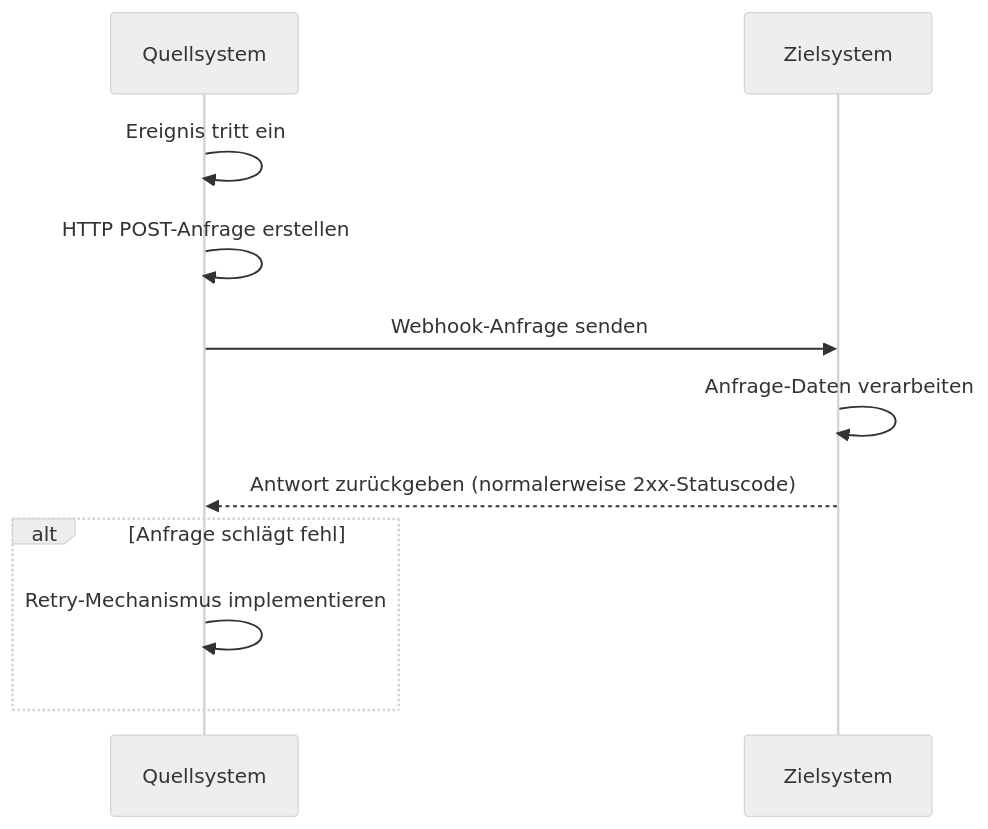
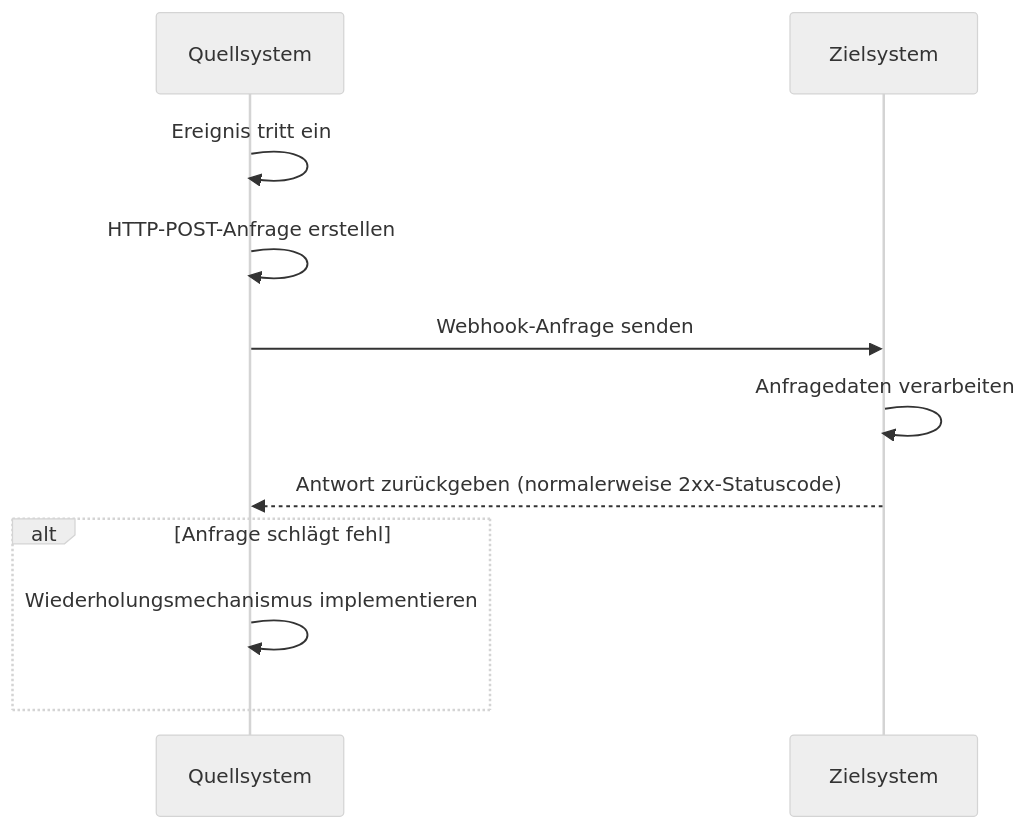
The first of 2 diagrams in src/content/terms/de/webhook.mdx (logto-io/auth-wiki), drawn with Mermaid (neutral theme) before and after one commit. The commit also changed other lines of this file and 98 other files, not shown here.

````diff
--- a/src/content/terms/de/webhook.mdx
+++ b/src/content/terms/de/webhook.mdx
@@ -13,15 +13,15 @@
 ```mermaid
 sequenceDiagram
     participant Quellsystem
     participant Zielsystem
     
     Quellsystem->>Quellsystem: Ereignis tritt ein
-    Quellsystem->>Quellsystem: HTTP POST-Anfrage erstellen
+    Quellsystem->>Quellsystem: HTTP-POST-Anfrage erstellen
     Quellsystem->>Zielsystem: Webhook-Anfrage senden
-    Zielsystem->>Zielsystem: Anfrage-Daten verarbeiten
+    Zielsystem->>Zielsystem: Anfragedaten verarbeiten
     Zielsystem-->>Quellsystem: Antwort zurückgeben (normalerweise 2xx-Statuscode)
     
     alt Anfrage schlägt fehl
-        Quellsystem->>Quellsystem: Retry-Mechanismus implementieren
+        Quellsystem->>Quellsystem: Wiederholungsmechanismus implementieren
     end
 ```
````
